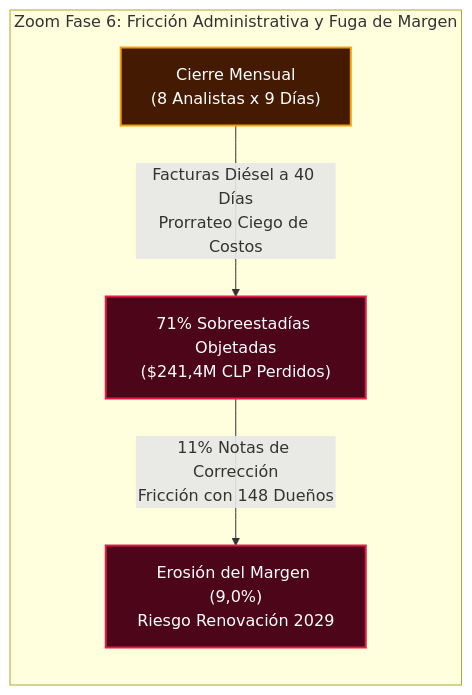
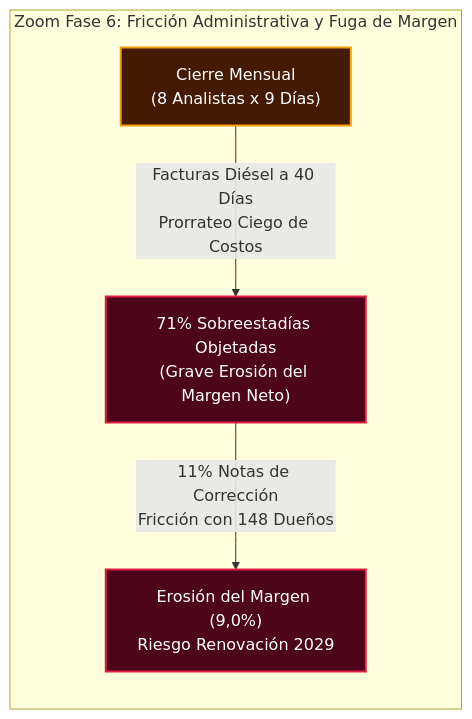
One commit to mvergaral/audIT changed the seventh of 9 diagrams in Informe-2/d1/subdocumento_02_problema_adaptado.md. Above: the diagram before and after it, drawn with Mermaid. The commit also changed other lines of this file and 3 other files, not shown here.

````diff
--- a/Informe-2/d1/subdocumento_02_problema_adaptado.md
+++ b/Informe-2/d1/subdocumento_02_problema_adaptado.md
@@ -227,11 +227,11 @@
 ```mermaid
 flowchart LR
     subgraph ZoomFase6 ["Zoom Fase 6: Fricción Administrativa y Fuga de Margen"]
-        Cierre["Cierre Mensual\n(8 Analistas x 9 Días)"] -->|"Facturas Diésel a 40 Días\nProrrateo Ciego de Costos"| Objecion["71% Sobreestadías Objetadas\n($241,4M CLP Perdidos)"]
+        Cierre["Cierre Mensual\n(8 Analistas x 9 Días)"] -->|"Facturas Diésel a 40 Días\nProrrateo Ciego de Costos"| Objecion["71% Sobreestadías Objetadas\n(Grave Erosión del Margen Neto)"]
         Objecion -->|"11% Notas de Corrección\nFricción con 148 Dueños"| Erosion["Erosión del Margen (9,0%)\nRiesgo Renovación 2029"]
     end
     classDef danger fill:#4c0519,stroke:#e11d48,stroke-width:2px,color:#fff;
     classDef alert fill:#451a03,stroke:#f59e0b,stroke-width:2px,color:#fff;
     class Cierre alert;
     class Objecion,Erosion danger;
 ```
````
